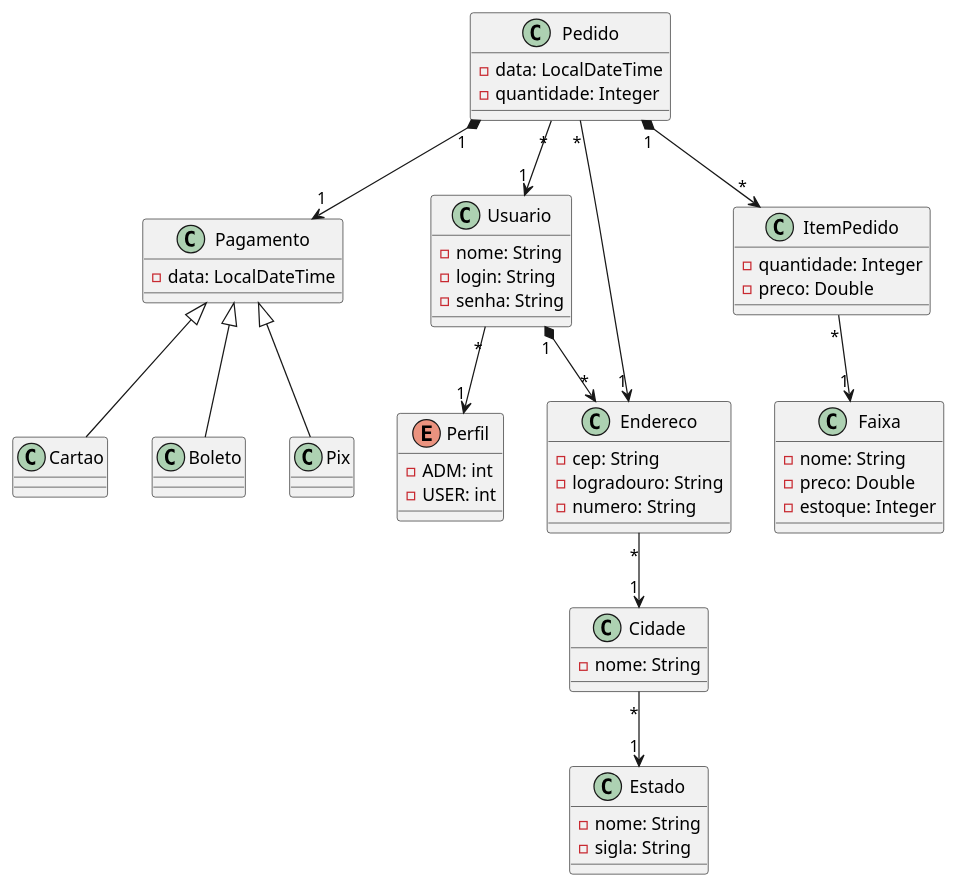
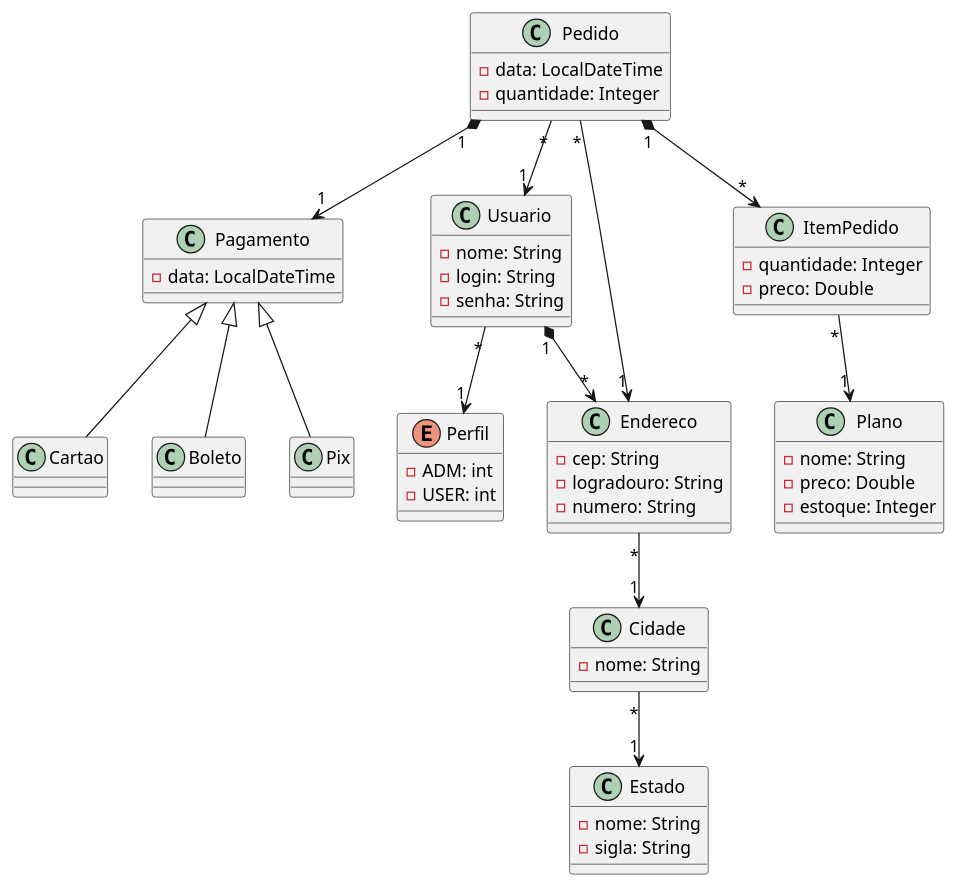
One commit to janiojunior/sga-api-tp1 changed the diagram in src/main/resources/Exemplo.plantuml. Above: the diagram before and after it, drawn with PlantUML. The commit also changed 25 other files, not shown here.

```diff
--- a/src/main/resources/Exemplo.plantuml
+++ b/src/main/resources/Exemplo.plantuml
@@ -1,81 +1,81 @@
 @startuml
 
 class Usuario {
    - nome: String
    - login: String
    - senha: String
 }
 
 enum Perfil {
     - ADM: int
     - USER: int
 }
 
 class Endereco {
     - cep: String
     - logradouro: String
     - numero: String
 }
 
 class Cidade {
    - nome: String 
 }
 
 class Estado {
     - nome: String
     - sigla: String
 }
 
 
 class Pedido {
     - data: LocalDateTime
     - quantidade: Integer
 }
 
 class ItemPedido {
     - quantidade: Integer
     - preco: Double
 }
 
 
-class Faixa {
+class Plano {
     - nome: String
     - preco: Double
     - estoque: Integer
 }
 
 class Pagamento {
     - data: LocalDateTime
 }
 
 class Cartao {
 
 }
 
 class Boleto {
 
 }
 
 class Pix {
 
 }
 
 Cidade "*" --> "1" Estado
 Endereco "*" --> "1" Cidade
 
 Usuario "1" *--> "*" Endereco
 Usuario "*" --> "1" Perfil
 
 Pedido "*" --> "1" Usuario
 Pedido "1" *--> "*" ItemPedido
 Pedido "*" --> "1" Endereco
 
 Pedido "1" *--> "1" Pagamento
 
-ItemPedido  "*" --> "1" Faixa
+ItemPedido  "*" --> "1" Plano
 
 Pix -up-|> Pagamento
 Cartao -up-|> Pagamento
 Boleto -up-|> Pagamento
 
 @enduml
```
